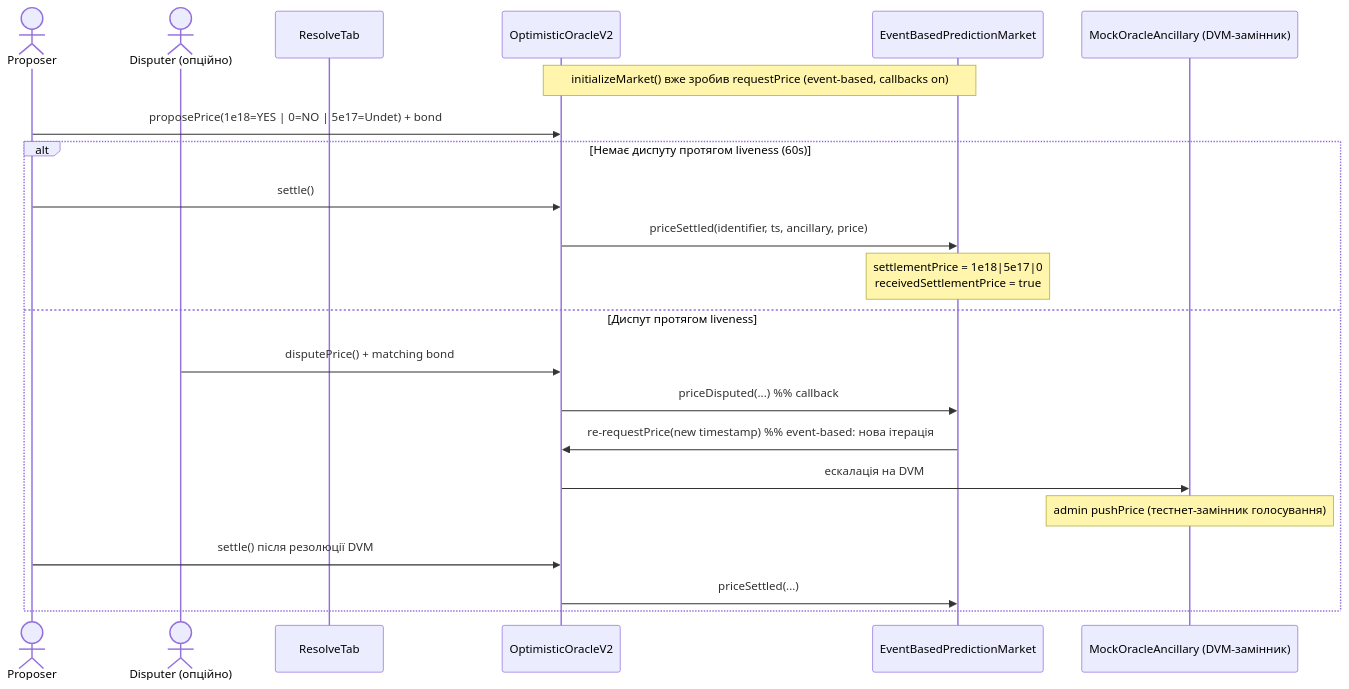
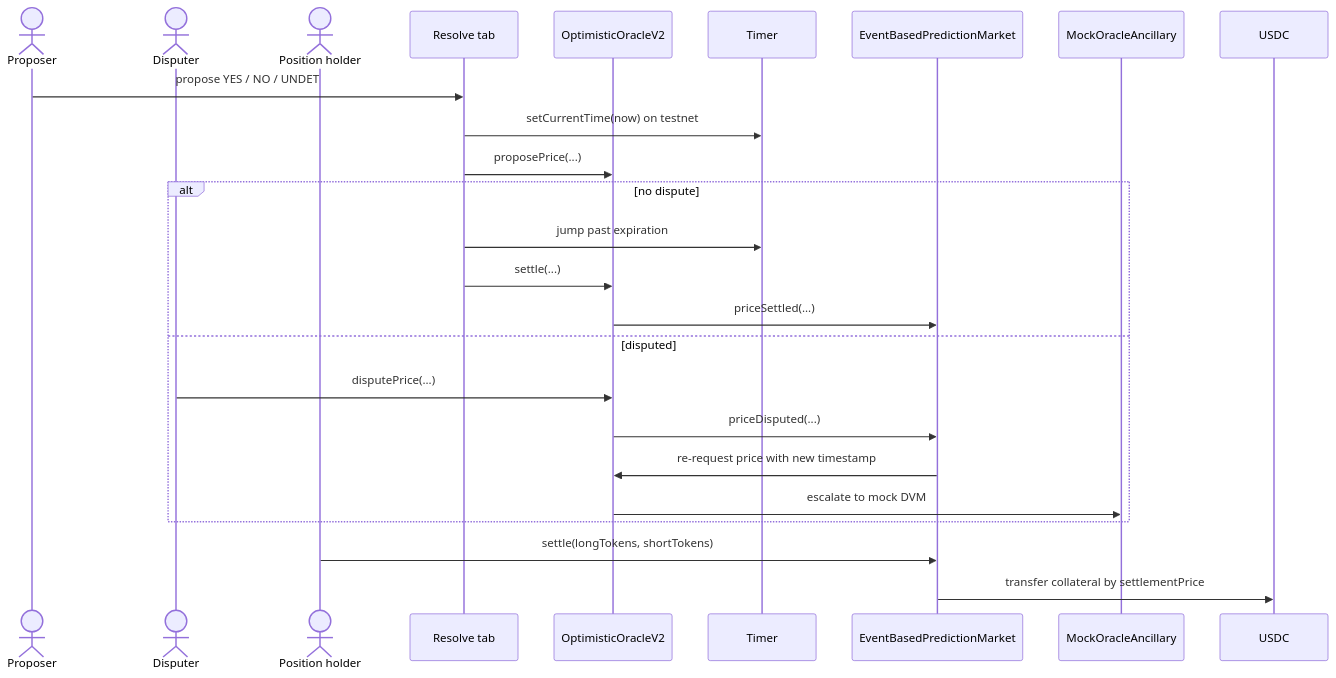
Before and after one commit to Kirashchuk/Predict-Edge: the ninth of 9 diagrams in docs/architecture-diagram.md, drawn with Mermaid. The commit also changed other lines of this file and 42 other files, not shown here.

````diff
--- a/docs/architecture-diagram.md
+++ b/docs/architecture-diagram.md
@@ -176,25 +249,28 @@
 ```mermaid
 sequenceDiagram
     actor P as Proposer
-    actor D as Disputer (опційно)
-    participant UI as ResolveTab
+    actor D as Disputer
+    actor U as Position holder
+    participant UI as Resolve tab
     participant OO as OptimisticOracleV2
+    participant Timer as Timer
     participant MKT as EventBasedPredictionMarket
-    participant DVM as MockOracleAncillary (DVM-замінник)
+    participant DVM as MockOracleAncillary
+    participant USDC as USDC
 
-    Note over MKT,OO: initializeMarket() вже зробив requestPrice (event-based, callbacks on)
-    P->>OO: proposePrice(1e18=YES | 0=NO | 5e17=Undet) + bond
-    alt Немає диспуту протягом liveness (60s)
-        P->>OO: settle()
-        OO->>MKT: priceSettled(identifier, ts, ancillary, price)
-        Note over MKT: settlementPrice = 1e18|5e17|0<br/>receivedSettlementPrice = true
-    else Диспут протягом liveness
-        D->>OO: disputePrice() + matching bond
-        OO->>MKT: priceDisputed(...)  %% callback
-        MKT->>OO: re-requestPrice(new timestamp)  %% event-based: нова ітерація
-        OO->>DVM: ескалація на DVM
-        Note over DVM: admin pushPrice (тестнет-замінник голосування)
-        P->>OO: settle() після резолюції DVM
+    P->>UI: propose YES / NO / UNDET
+    UI->>Timer: setCurrentTime(now) on testnet
+    UI->>OO: proposePrice(...)
+    alt no dispute
+        UI->>Timer: jump past expiration
+        UI->>OO: settle(...)
         OO->>MKT: priceSettled(...)
+    else disputed
+        D->>OO: disputePrice(...)
+        OO->>MKT: priceDisputed(...)
+        MKT->>OO: re-request price with new timestamp
+        OO->>DVM: escalate to mock DVM
     end
+    U->>MKT: settle(longTokens, shortTokens)
+    MKT->>USDC: transfer collateral by settlementPrice
 ```
````
